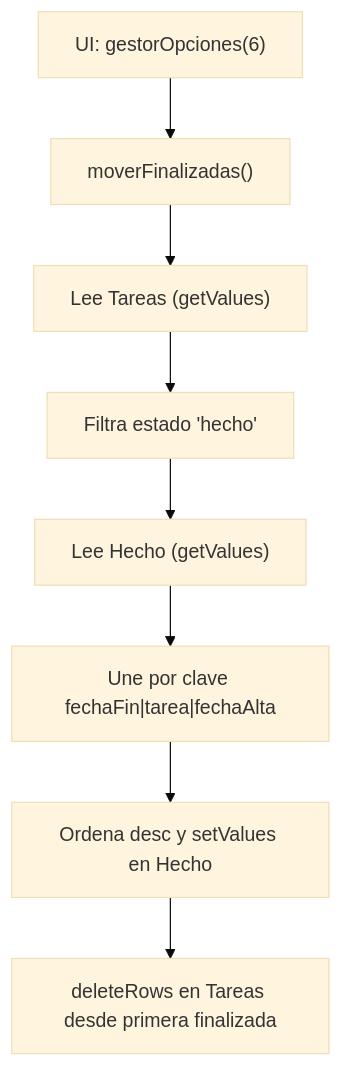
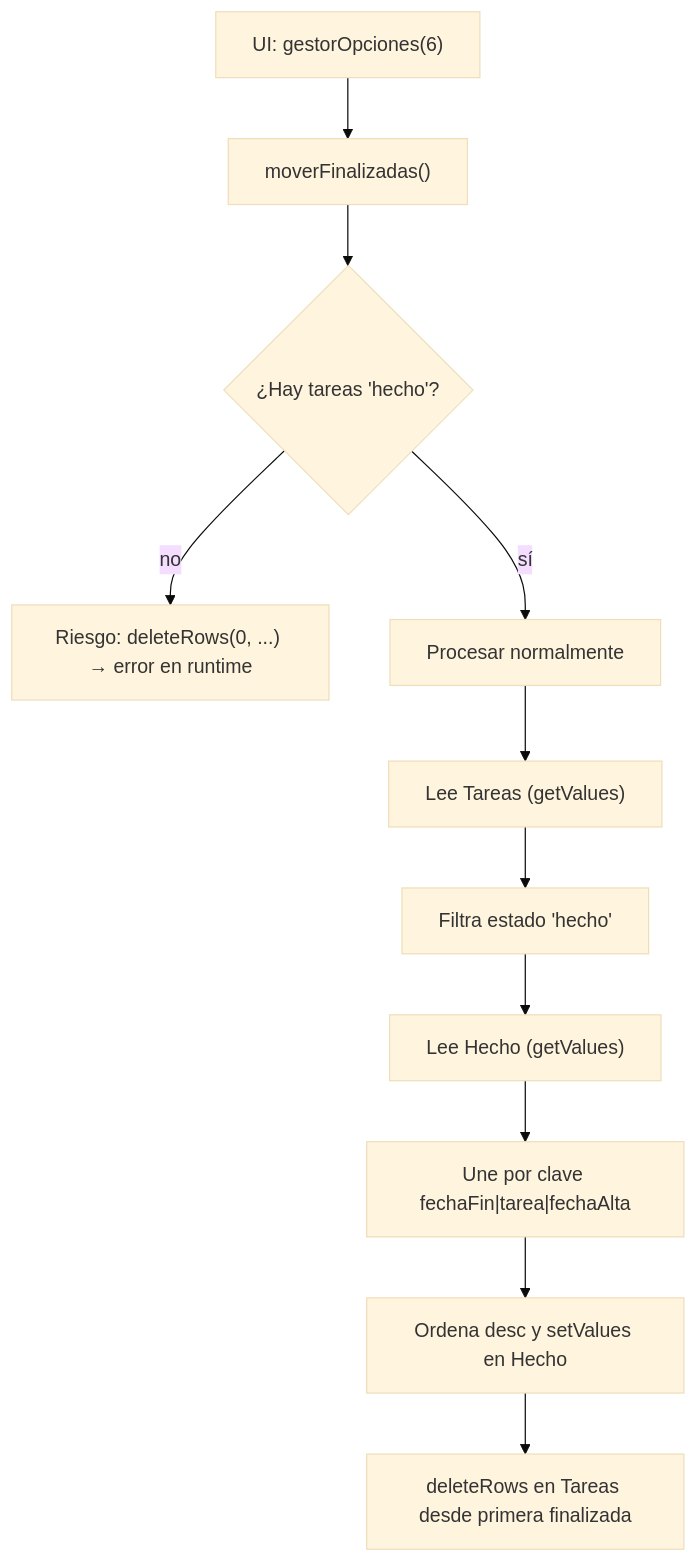
One commit to Luisky24/Gestion_Tareas_Susi changed the sixth of 7 diagrams in docs/FLOWS.md. Above: the diagram before and after it, drawn with Mermaid (base theme). The commit also changed other lines of this file and 6 other files, not shown here.

````diff
--- a/docs/FLOWS.md
+++ b/docs/FLOWS.md
@@ -305,10 +345,13 @@
 ```mermaid
 flowchart TD
   A["UI: gestorOpciones(6)"] --> B["moverFinalizadas()"]
-  B --> C["Lee Tareas (getValues)"]
-  C --> D["Filtra estado 'hecho'"]
-  D --> E["Lee Hecho (getValues)"]
-  E --> F["Une por clave fechaFin|tarea|fechaAlta"]
-  F --> G["Ordena desc y setValues en Hecho"]
-  G --> H["deleteRows en Tareas desde primera finalizada"]
+  B --> C{"¿Hay tareas 'hecho'?"}
+  C -- no --> X["Riesgo: deleteRows(0, ...) → error en runtime"]
+  C -- sí --> D["Procesar normalmente"]
+  D --> E["Lee Tareas (getValues)"]
+  E --> F["Filtra estado 'hecho'"]
+  F --> G["Lee Hecho (getValues)"]
+  G --> I["Une por clave fechaFin|tarea|fechaAlta"]
+  I --> J["Ordena desc y setValues en Hecho"]
+  J --> H["deleteRows en Tareas desde primera finalizada"]
 ```
````
